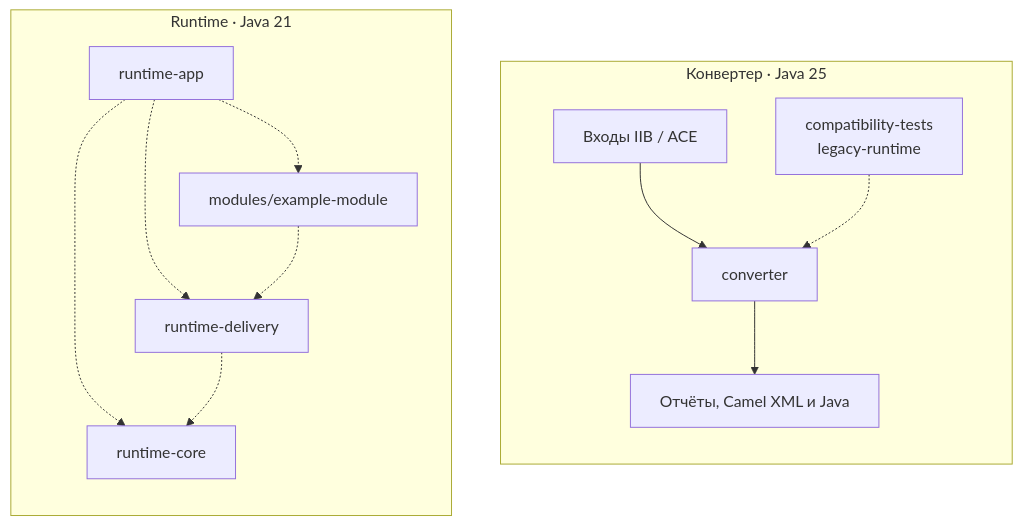
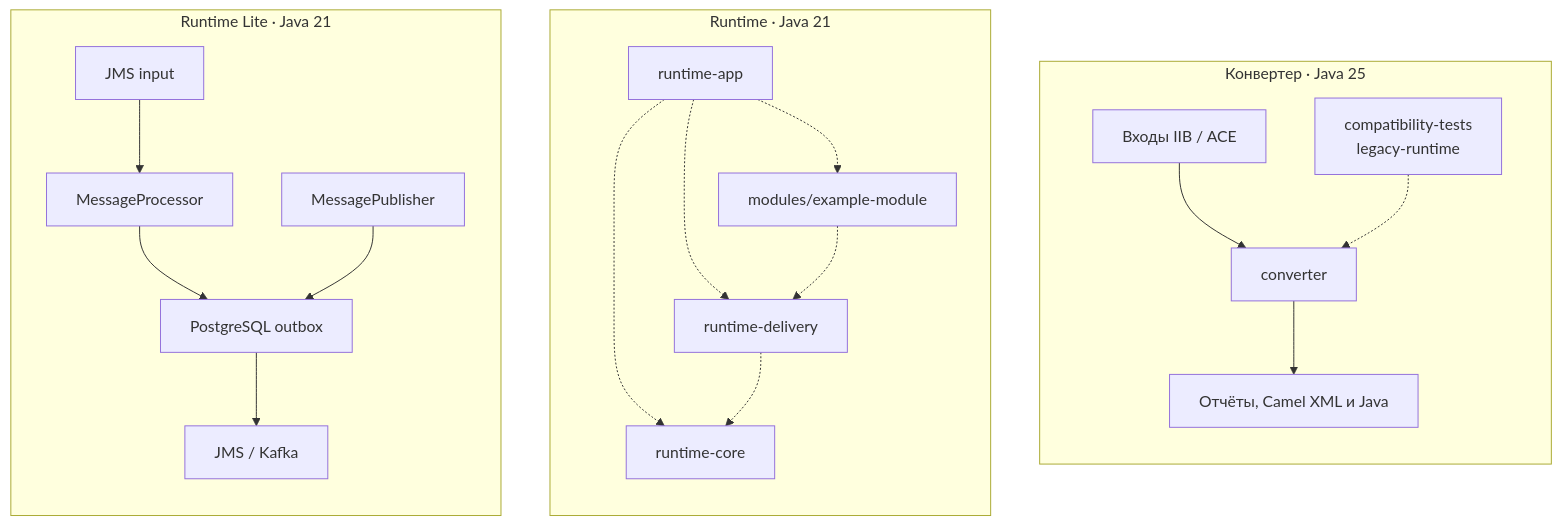
The diagram in README.ru.md (ov-petrov/iib-camel), drawn with Mermaid before and after one commit. The commit also changed other lines of this file and 45 other files, not shown here.

Commit message:
feat: add lightweight JMS integration runtime

````diff
--- a/README.ru.md
+++ b/README.ru.md
@@ -37,21 +37,28 @@
 ```mermaid
 flowchart TB
     subgraph converter_project["Конвертер · Java 25"]
         direction TB
         sources["Входы IIB / ACE"] --> cli["converter"]
         cli --> generated["Отчёты, Camel XML и Java"]
         legacy["compatibility-tests<br/>legacy-runtime"] -.-> cli
     end
     subgraph runtime_project["Runtime · Java 21"]
         direction TB
         app["runtime-app"]
         example["modules/example-module"]
         delivery["runtime-delivery"]
         core["runtime-core"]
         app -.-> example
         app -.-> delivery
         app -.-> core
         example -.-> delivery
         delivery -.-> core
     end
+    subgraph runtime_lite_project["Runtime Lite · Java 21"]
+        direction TB
+        jms["JMS input"] --> processor["MessageProcessor"]
+        processor --> outbox["PostgreSQL outbox"]
+        publisher["MessagePublisher"] --> outbox
+        outbox --> senders["JMS / Kafka"]
+    end
 ```
````
